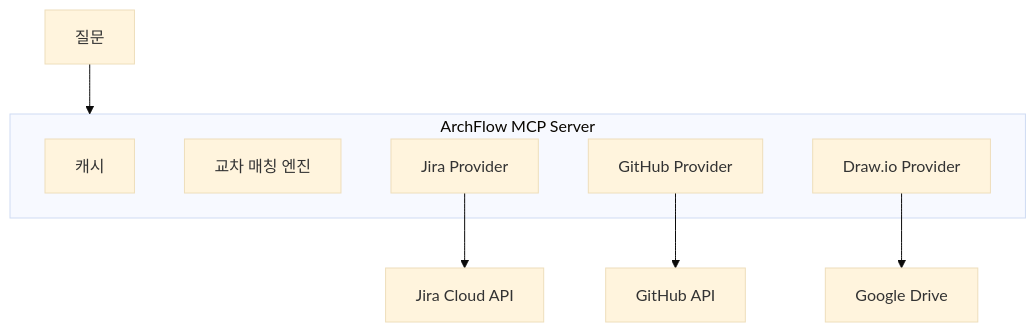
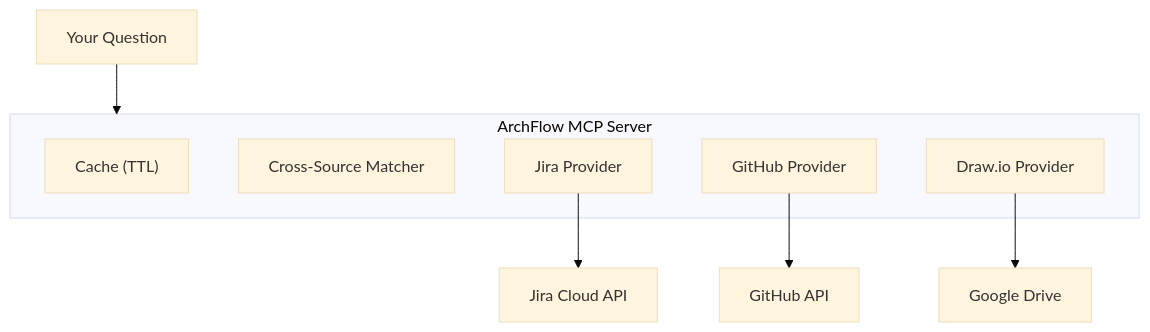
The diagram in README.md (Juhwan01/ArchFlow), drawn with Mermaid (base theme) before and after one commit. The commit also changed other lines of this file and 1 other file, not shown here.

````diff
--- a/README.md
+++ b/README.md
@@ -274,16 +283,16 @@
 ```mermaid
 graph TB
-    User["질문"] --> Server
+    User["Your Question"] --> Server
 
     subgraph Server["ArchFlow MCP Server"]
-        Cache["캐시"]
-        Matcher["교차 매칭 엔진"]
+        Cache["Cache (TTL)"]
+        Matcher["Cross-Source Matcher"]
         JP["Jira Provider"]
         GP["GitHub Provider"]
         DP["Draw.io Provider"]
     end
 
     JP --> Jira["Jira Cloud API"]
     GP --> GitHub["GitHub API"]
     DP --> GDrive["Google Drive"]
 ```
````
